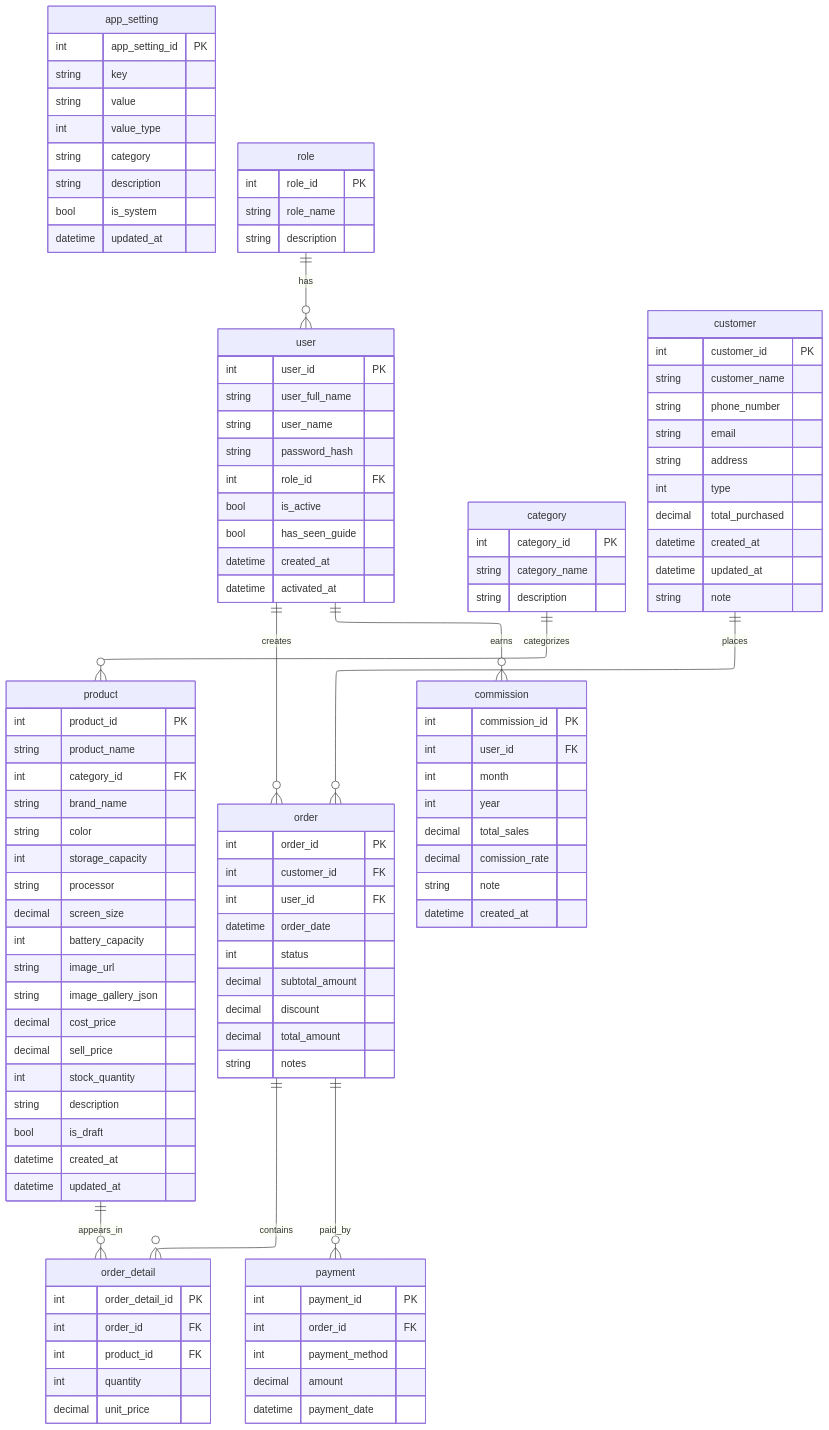
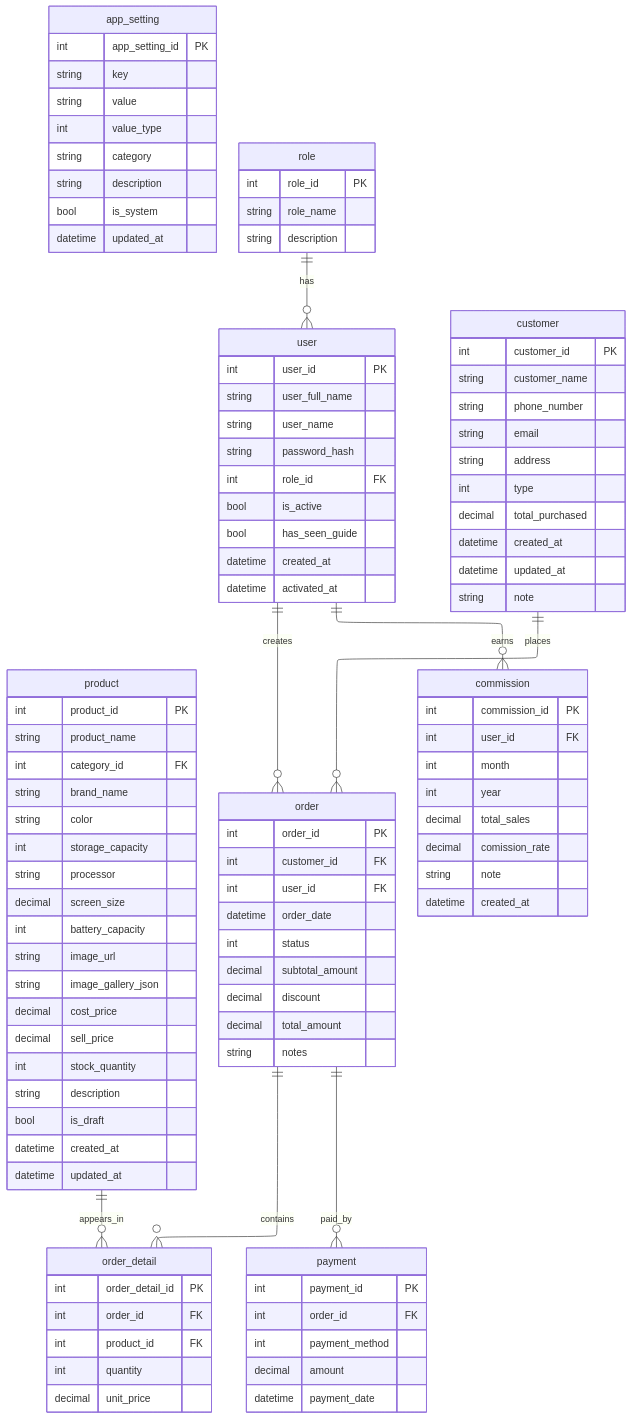
One commit to tranquocvy/window-shop-docs changed the diagram in backend_docs/database/database_ERD.md. Above: the diagram before and after it, drawn with Mermaid. The commit also changed 1 other file, not shown here.

Commit message:
updated database: delete category table and add email attribute for user table

```diff
--- a/backend_docs/database/database_ERD.md
+++ b/backend_docs/database/database_ERD.md
@@ -31,12 +31,6 @@
         bool has_seen_guide
         datetime created_at
         datetime activated_at
-    }
-
-    category {
-        int category_id PK
-        string category_name
-        string description
     }
 
     product {
@@ -116,7 +110,6 @@
     role ||--o{ user : has
     user ||--o{ order : creates
     customer ||--o{ order : places
-    category ||--o{ product : categorizes
     product ||--o{ order_detail : appears_in
     order ||--o{ order_detail : contains
     order ||--o{ payment : paid_by
```
